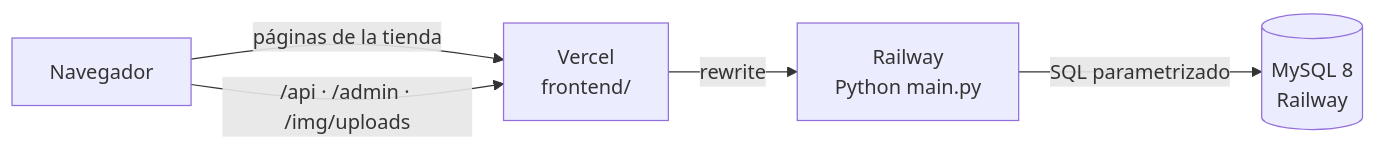
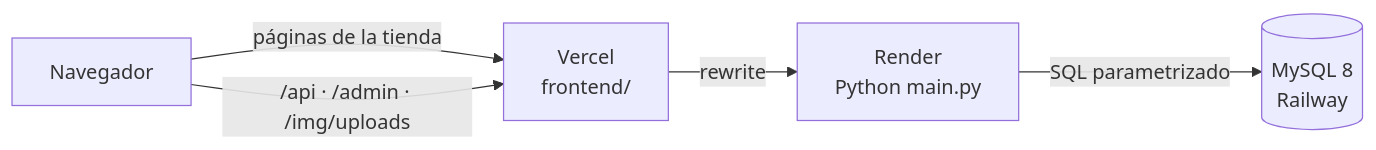
The diagram in docs/arquitectura.md (XxmagnusxX002/purple1), drawn with Mermaid before and after one commit. The commit also changed other lines of this file and 30 other files, not shown here.

````diff
--- a/docs/arquitectura.md
+++ b/docs/arquitectura.md
@@ -7,7 +7,7 @@
 ```mermaid
 flowchart LR
   N[Navegador] -->|páginas de la tienda| V[Vercel<br/>frontend/]
   N -->|/api · /admin · /img/uploads| V
-  V -->|rewrite| R[Railway<br/>Python main.py]
+  V -->|rewrite| R[Render<br/>Python main.py]
   R -->|SQL parametrizado| M[(MySQL 8<br/>Railway)]
 ```
````
